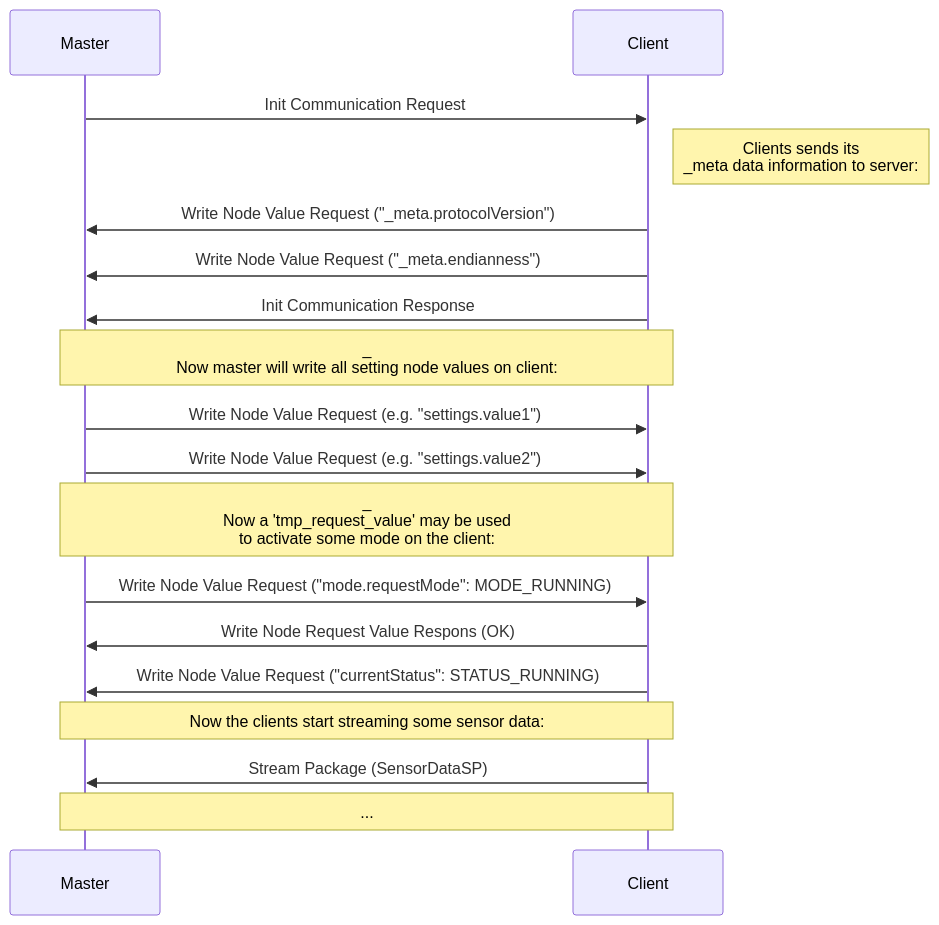
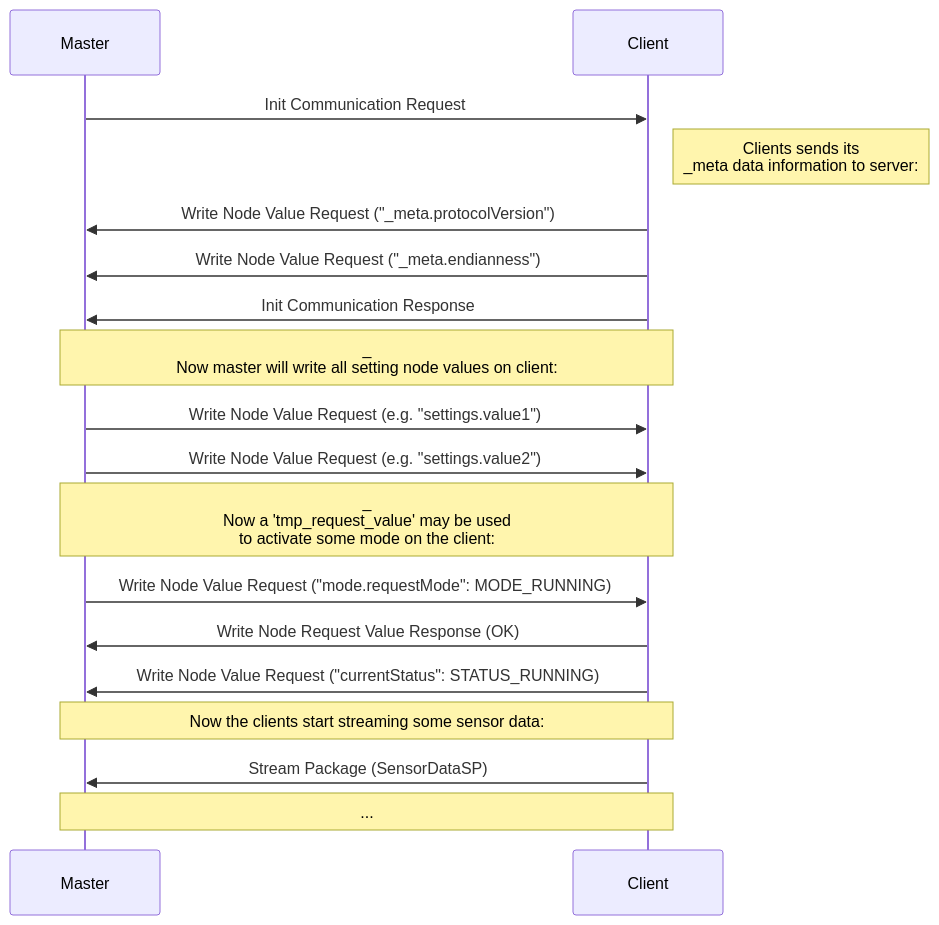
The diagram in doc/protocol_can_frames.md (JeyRunner/can-sot-protocol), drawn with Mermaid before and after one commit. The commit also changed other lines of this file and 15 other files, not shown here.

Commit message:
added send write and read from master to client with tests

````diff
--- a/doc/protocol_can_frames.md
+++ b/doc/protocol_can_frames.md
@@ -24,20 +24,20 @@
 ```mermaid
 sequenceDiagram
     Master->>Client: Init Communication Request
     Note right of Client: Clients sends its <br/> _meta data information to server:
     Client->>Master: Write Node Value Request ("_meta.protocolVersion")
     Client->>Master: Write Node Value Request ("_meta.endianness")
     Client->>Master: Init Communication Response
 
     Note over Master,Client: _<br/> Now master will write all setting node values on client:
     Master->>Client: Write Node Value Request (e.g. "settings.value1")
     Master->>Client: Write Node Value Request (e.g. "settings.value2")
 
     Note over Master,Client: _<br/> Now a 'tmp_request_value' may be used <br/> to activate some mode on the client:
     Master->>Client: Write Node Value Request ("mode.requestMode": MODE_RUNNING)
-    Client->>Master: Write Node Request Value Respons (OK)
+    Client->>Master: Write Node Request Value Response (OK)
     Client->>Master: Write Node Value Request ("currentStatus": STATUS_RUNNING)
     Note over Master,Client: Now the clients start streaming some sensor data:
     Client->>Master: Stream Package (SensorDataSP)
     Note over Master,Client: ...
 ```
````
